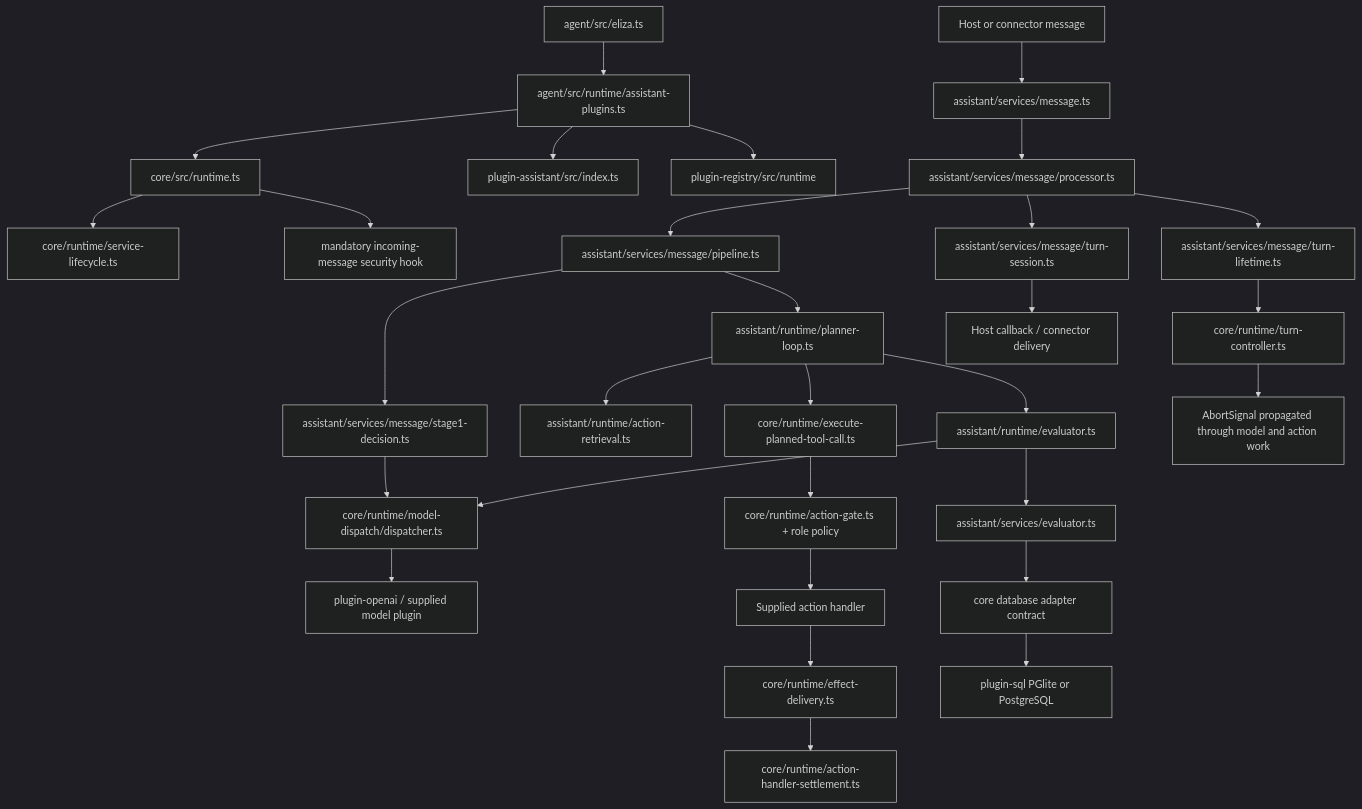
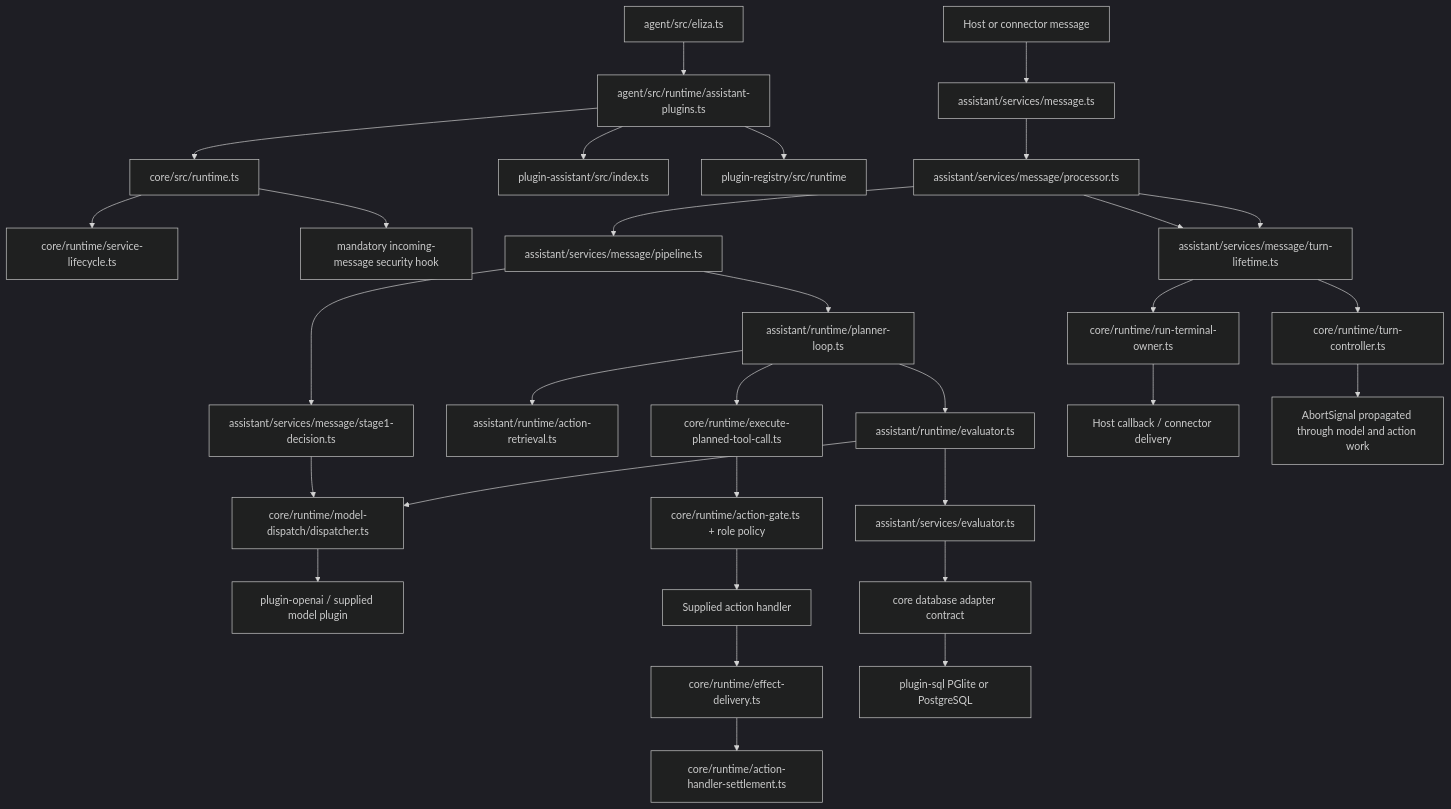
Before and after one commit to elizaOS/eliza: the diagram in docs/design/runtime-consolidation/STATUS.md, drawn with Mermaid (dark theme). The commit also changed other lines of this file and 365 other files, not shown here.

````diff
--- a/docs/design/runtime-consolidation/STATUS.md
+++ b/docs/design/runtime-consolidation/STATUS.md
@@ -35,32 +35,33 @@
 ```mermaid
 flowchart TD
   Host[agent/src/eliza.ts] --> Composition[agent/src/runtime/assistant-plugins.ts]
   Composition --> Kernel[core/src/runtime.ts]
   Composition --> Assistant[plugin-assistant/src/index.ts]
   Composition --> Registry[plugin-registry/src/runtime]
   Kernel --> Lifecycle[core/runtime/service-lifecycle.ts]
   Kernel --> Security[mandatory incoming-message security hook]
   Ingress[Host or connector message] --> Message[assistant/services/message.ts]
   Message --> Processor[assistant/services/message/processor.ts]
   Processor --> Lifetime[assistant/services/message/turn-lifetime.ts]
   Lifetime --> Turns[core/runtime/turn-controller.ts]
   Processor --> Pipeline[assistant/services/message/pipeline.ts]
   Pipeline --> Stage1[assistant/services/message/stage1-decision.ts]
   Stage1 --> Dispatch[core/runtime/model-dispatch/dispatcher.ts]
   Dispatch --> Provider[plugin-openai / supplied model plugin]
   Pipeline --> Planner[assistant/runtime/planner-loop.ts]
   Planner --> Retrieval[assistant/runtime/action-retrieval.ts]
   Planner --> Execute[core/runtime/execute-planned-tool-call.ts]
   Execute --> Gate[core/runtime/action-gate.ts + role policy]
   Gate --> Handler[Supplied action handler]
   Handler --> Effects[core/runtime/effect-delivery.ts]
   Effects --> Settlement[core/runtime/action-handler-settlement.ts]
   Planner --> Evaluation[assistant/runtime/evaluator.ts]
   Evaluation --> Dispatch
   Evaluation --> Journal[assistant/services/evaluator.ts]
   Journal --> Database[core database adapter contract]
   Database --> SQL[plugin-sql PGlite or PostgreSQL]
-  Processor --> Terminal[assistant/services/message/turn-session.ts]
+  Processor --> Lifetime[assistant/services/message/turn-lifetime.ts]
+  Lifetime --> Terminal[core/runtime/run-terminal-owner.ts]
   Terminal --> Delivery[Host callback / connector delivery]
   Turns --> Cancellation[AbortSignal propagated through model and action work]
 ```
````
